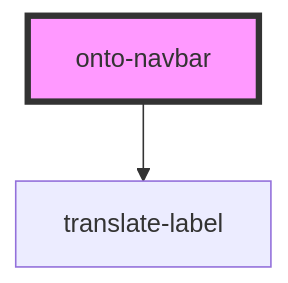
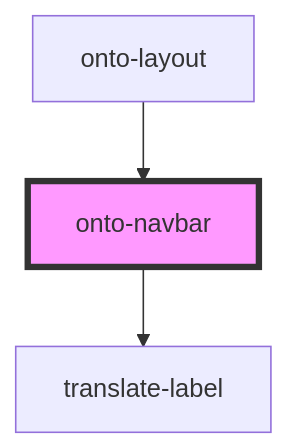
One commit to Ontotext-AD/graphdb-workbench changed the diagram in packages/shared-components/src/components/onto-navbar/readme.md. Above: the diagram before and after it, drawn with Mermaid. The commit also changed other lines of this file and 3 other files, not shown here.

````diff
--- a/packages/shared-components/src/components/onto-navbar/readme.md
+++ b/packages/shared-components/src/components/onto-navbar/readme.md
@@ -22,5 +34,6 @@
 ```mermaid
 graph TD;
   onto-navbar --> translate-label
+  onto-layout --> onto-navbar
   style onto-navbar fill:#f9f,stroke:#333,stroke-width:4px
 ```
````
